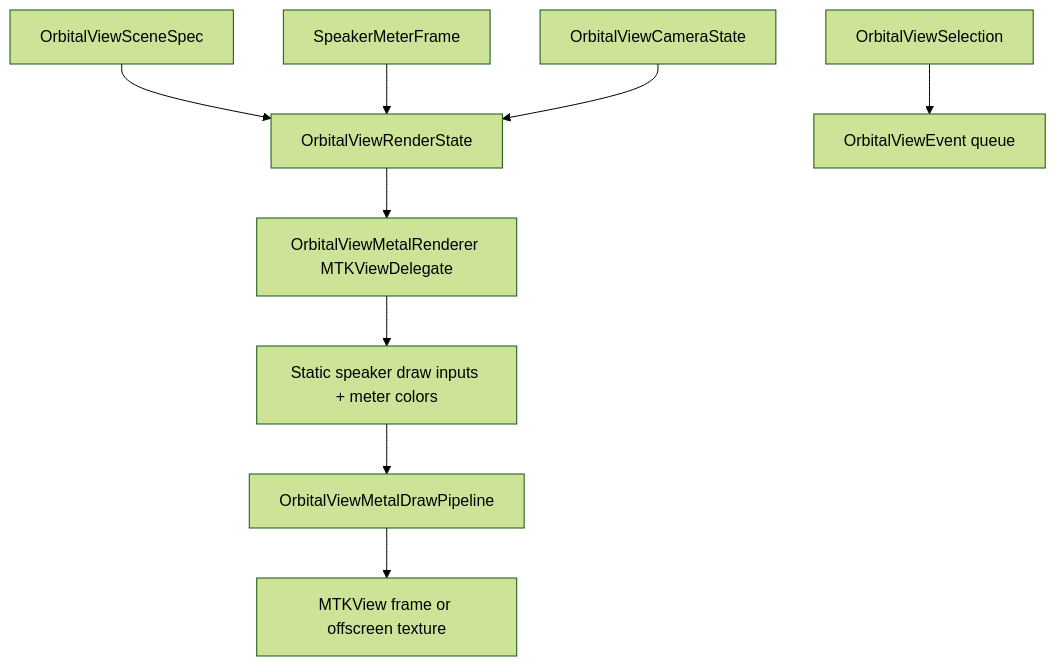
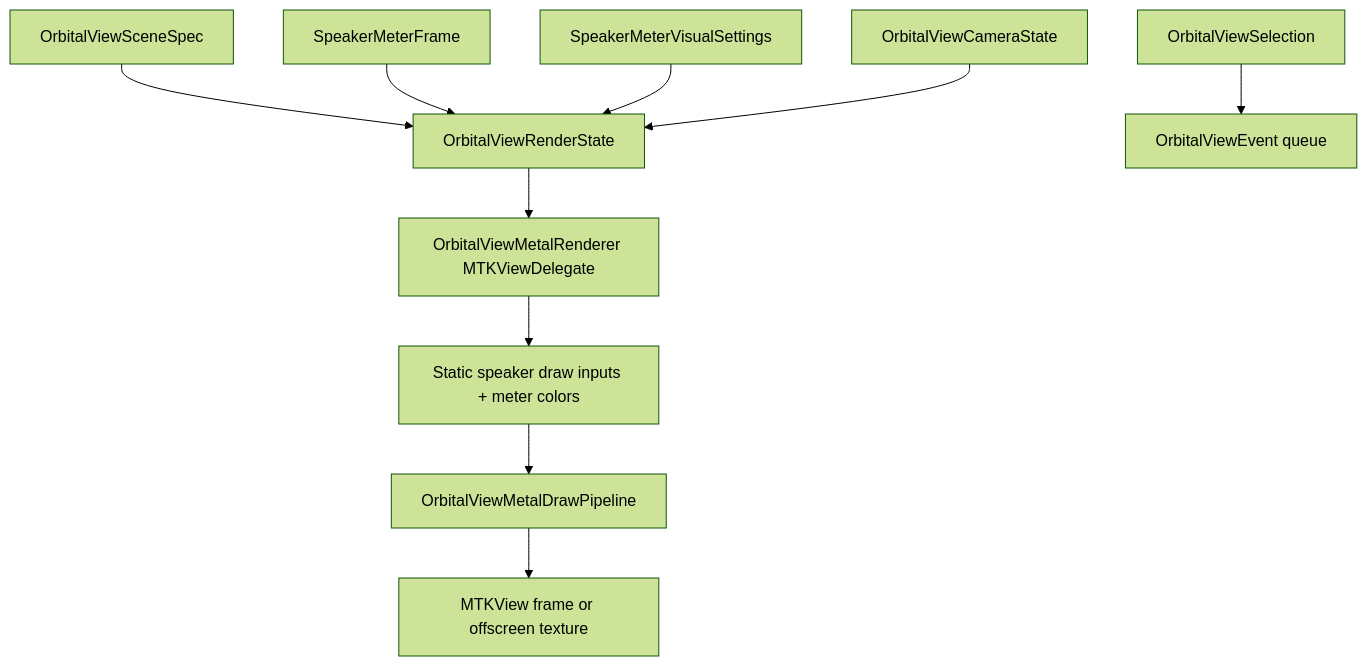
Before and after one commit to jebagu/orbital-view: the fifth of 9 diagrams in docs/system-flows.md, drawn with Mermaid (forest theme). The commit also changed other lines of this file and 25 other files, not shown here.

````diff
--- a/docs/system-flows.md
+++ b/docs/system-flows.md
@@ -50,11 +50,12 @@
 ```mermaid
 flowchart TD
   Scene["OrbitalViewSceneSpec"] --> State["OrbitalViewRenderState"]
   Meters["SpeakerMeterFrame"] --> State
+  MeterSettings["SpeakerMeterVisualSettings"] --> State
   Camera["OrbitalViewCameraState"] --> State
   Selection["OrbitalViewSelection"] --> Events["OrbitalViewEvent queue"]
   State --> Delegate["OrbitalViewMetalRenderer MTKViewDelegate"]
   Delegate --> Inputs["Static speaker draw inputs + meter colors"]
   Inputs --> Pipeline["OrbitalViewMetalDrawPipeline"]
   Pipeline --> Frame["MTKView frame or offscreen texture"]
 ```
````
